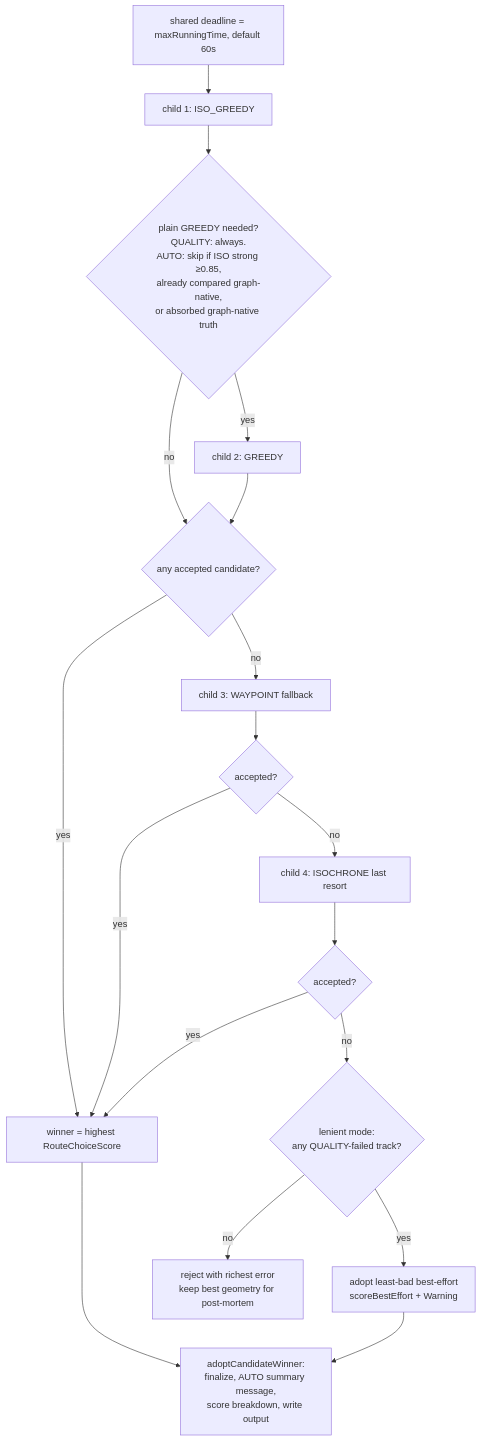
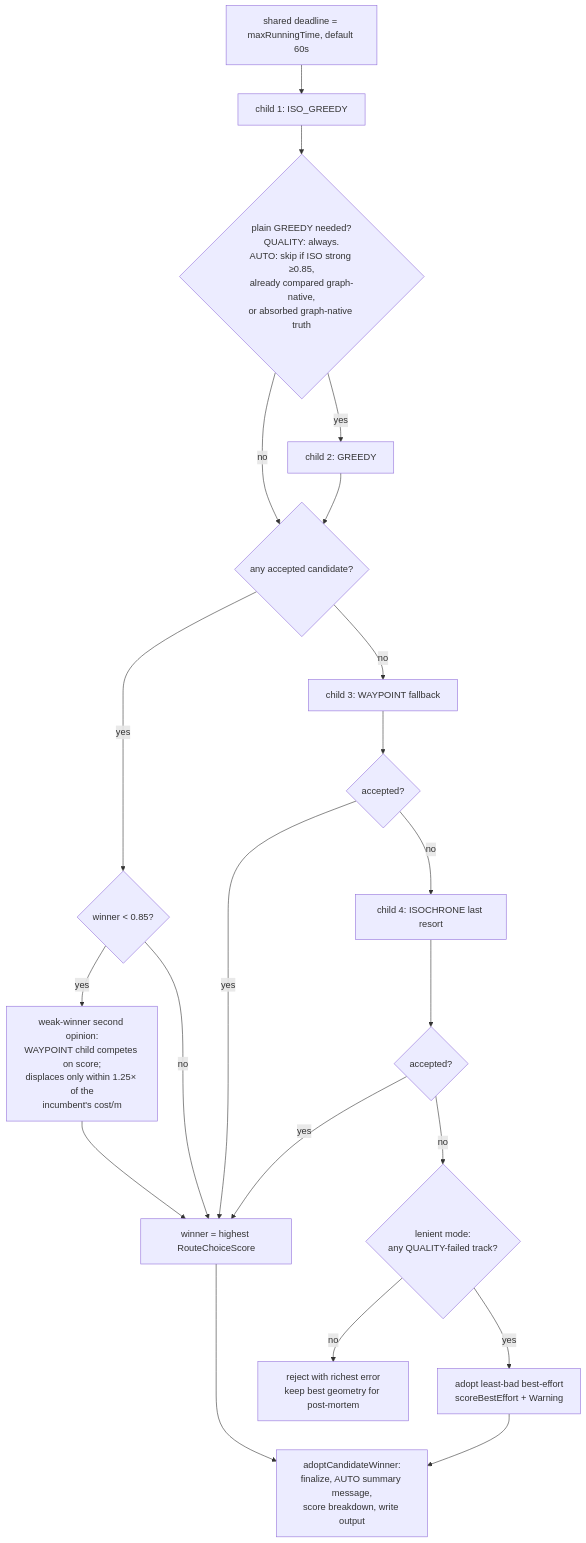
Before and after one commit to jonnybbb/brouter: the fifth of 5 diagrams in docs/developers/roundtrip-strategies.md, drawn with Mermaid. The commit also changed other lines of this file and 13 other files, not shown here.

````diff
--- a/docs/developers/roundtrip-strategies.md
+++ b/docs/developers/roundtrip-strategies.md
@@ -222,20 +260,23 @@
 ```mermaid
 flowchart TD
     A[shared deadline = maxRunningTime, default 60s] --> B[child 1: ISO_GREEDY]
     B --> C{plain GREEDY needed?<br/>QUALITY: always.<br/>AUTO: skip if ISO strong ≥0.85,<br/>already compared graph-native,<br/>or absorbed graph-native truth}
     C -- yes --> D[child 2: GREEDY]
     C -- no --> E
     D --> E{any accepted candidate?}
-    E -- yes --> W[winner = highest RouteChoiceScore]
+    E -- yes --> W2{winner < 0.85?}
+    W2 -- yes --> S[weak-winner second opinion:<br/>WAYPOINT child competes on score;<br/>displaces only within 1.25× of the<br/>incumbent's cost/m]
+    S --> W[winner = highest RouteChoiceScore]
+    W2 -- no --> W
     E -- no --> F[child 3: WAYPOINT fallback]
     F --> G{accepted?}
     G -- no --> H[child 4: ISOCHRONE last resort]
     G -- yes --> W
     H --> I{accepted?}
     I -- yes --> W
     I -- no --> J{lenient mode:<br/>any QUALITY-failed track?}
     J -- yes --> K[adopt least-bad best-effort<br/>scoreBestEffort + Warning]
     J -- no --> L[reject with richest error<br/>keep best geometry for post-mortem]
     W --> M[adoptCandidateWinner:<br/>finalize, AUTO summary message,<br/>score breakdown, write output]
     K --> M
 ```
````
